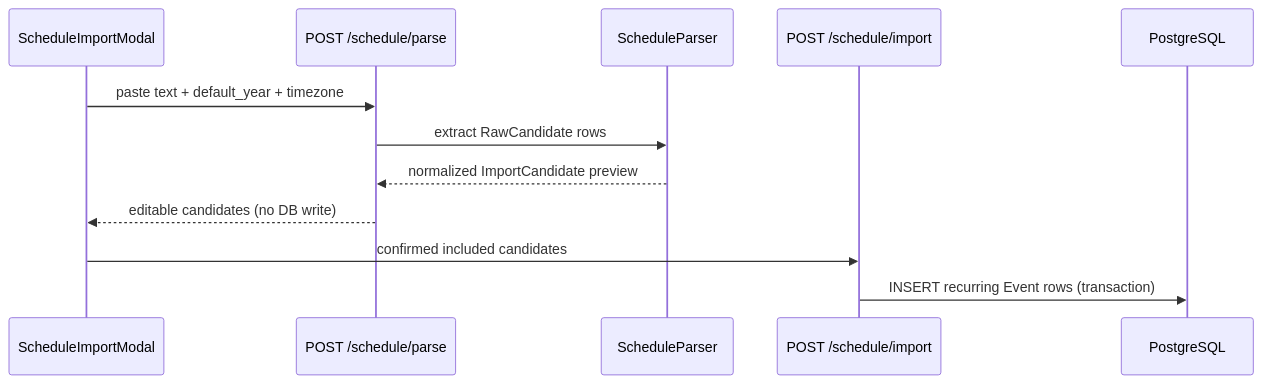
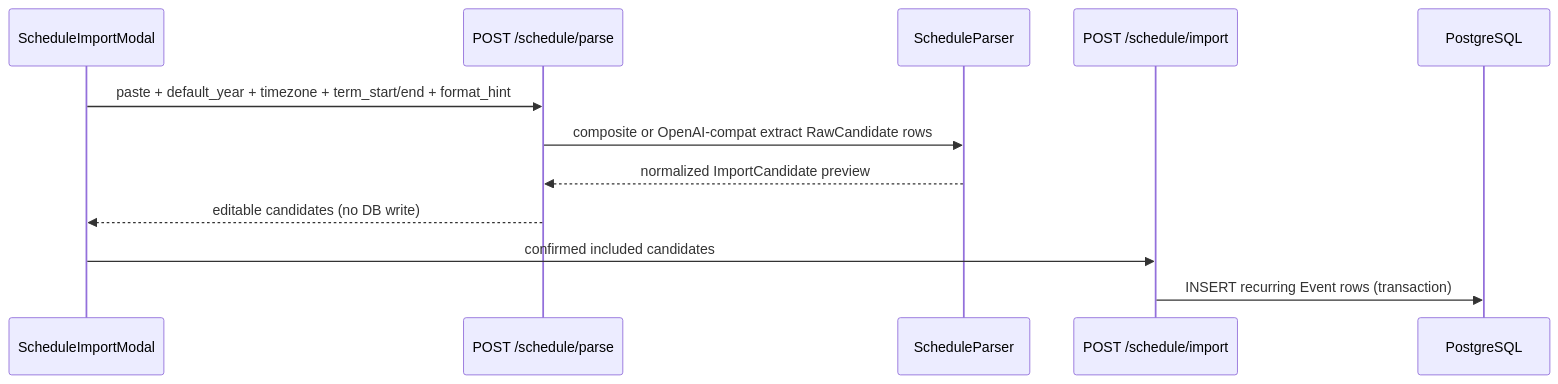
The third of 3 diagrams in docs/data-flow.md (Trevor5008/Palander), drawn with Mermaid before and after one commit. The commit also changed 27 other files, not shown here.

````diff
--- a/docs/data-flow.md
+++ b/docs/data-flow.md
@@ -124,15 +124,15 @@
 ```mermaid
 sequenceDiagram
   participant UI as ScheduleImportModal
   participant API as POST /schedule/parse
   participant Parser as ScheduleParser
   participant Import as POST /schedule/import
   participant DB as PostgreSQL
 
-  UI->>API: paste text + default_year + timezone
-  API->>Parser: extract RawCandidate rows
+  UI->>API: paste + default_year + timezone + term_start/end + format_hint
+  API->>Parser: composite or OpenAI-compat extract RawCandidate rows
   Parser-->>API: normalized ImportCandidate preview
   API-->>UI: editable candidates (no DB write)
   UI->>Import: confirmed included candidates
   Import->>DB: INSERT recurring Event rows (transaction)
 ```
````
